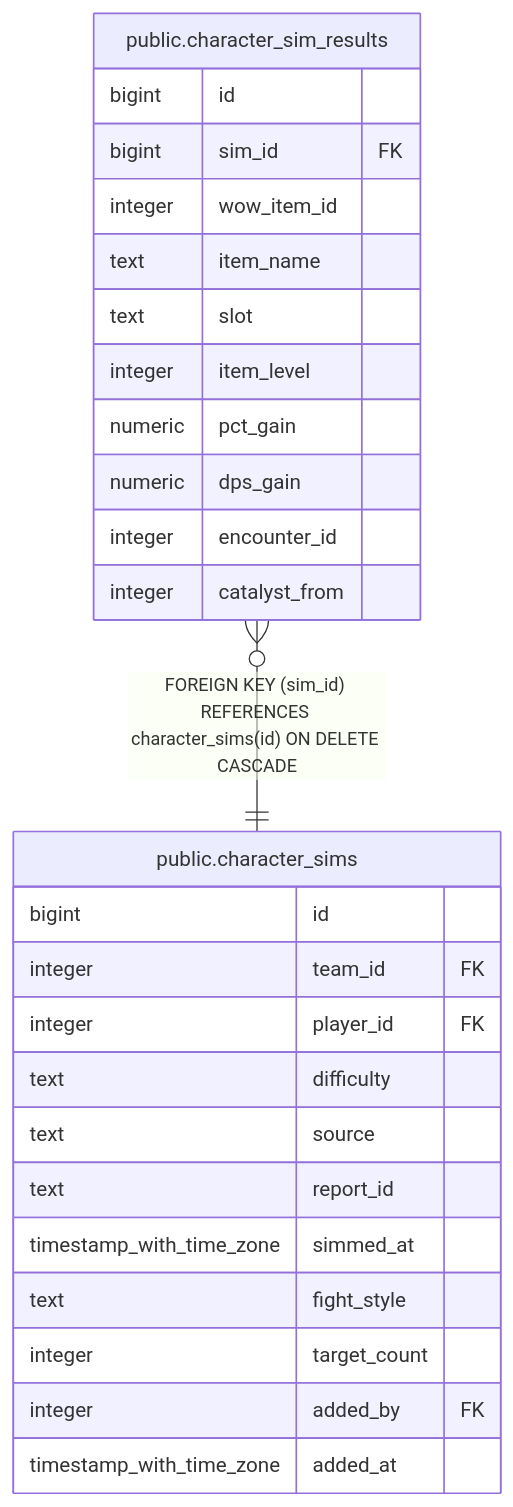
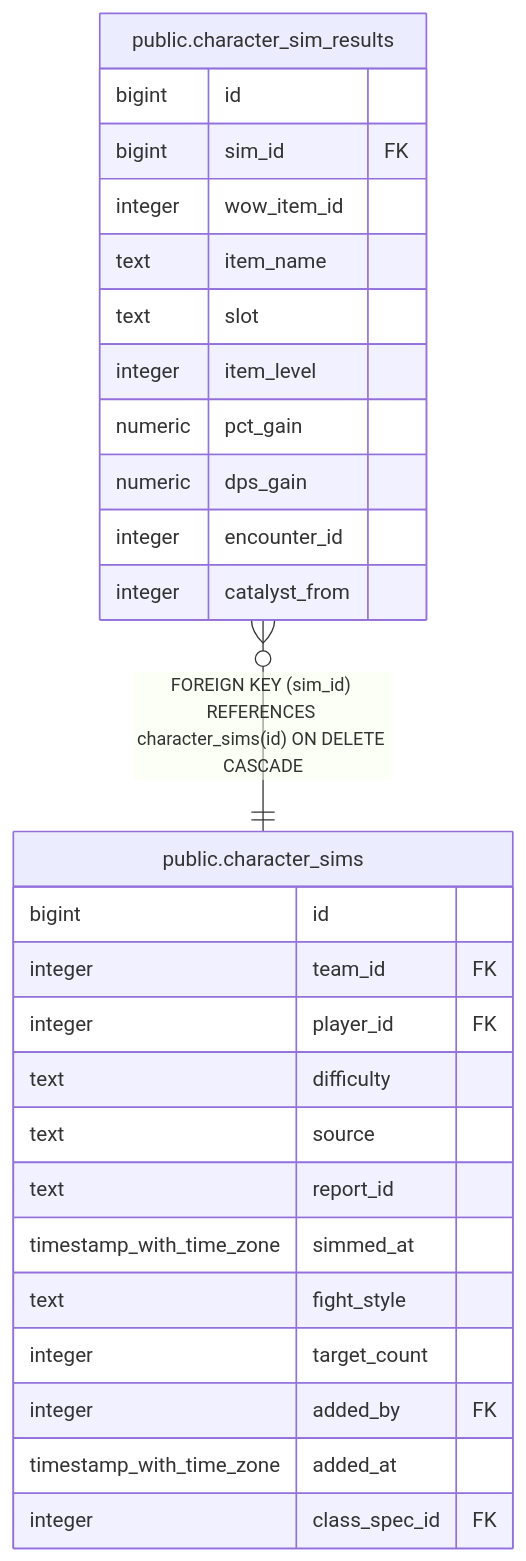
Before and after one commit to katogaming88/WGA-Raid-Hub: the diagram in dbdoc/public.character_sim_results.md, drawn with Mermaid. The commit also changed 39 other files, not shown here.

````diff
--- a/dbdoc/public.character_sim_results.md
+++ b/dbdoc/public.character_sim_results.md
@@ -45,31 +45,32 @@
 ```mermaid
 erDiagram
 
 "public.character_sim_results" }o--|| "public.character_sims" : "FOREIGN KEY (sim_id) REFERENCES character_sims(id) ON DELETE CASCADE"
 
 "public.character_sim_results" {
   bigint id
   bigint sim_id FK
   integer wow_item_id
   text item_name
   text slot
   integer item_level
   numeric pct_gain
   numeric dps_gain
   integer encounter_id
   integer catalyst_from
 }
 "public.character_sims" {
   bigint id
   integer team_id FK
   integer player_id FK
   text difficulty
   text source
   text report_id
   timestamp_with_time_zone simmed_at
   text fight_style
   integer target_count
   integer added_by FK
   timestamp_with_time_zone added_at
+  integer class_spec_id FK
 }
 ```
````
